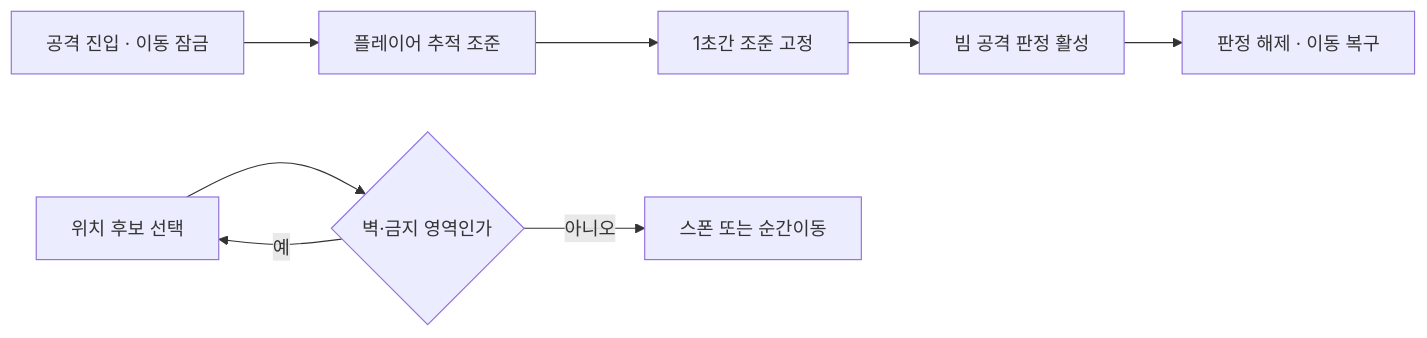
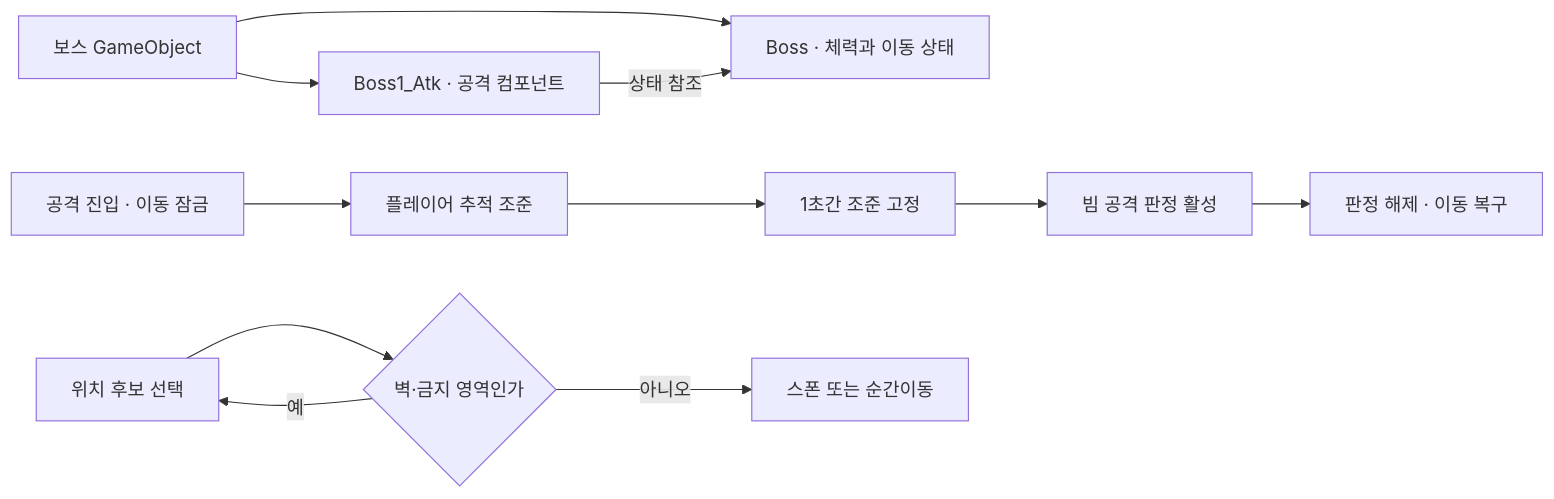
The diagram in portfolio/boss-spawn/README.md (roxasventus/CIEN-tutorial-project-team2), drawn with Mermaid before and after one commit. The commit also changed other lines of this file and 2 other files, not shown here.

Commit message:
docs: explain verified patterns and implementation scope

````diff
--- a/portfolio/boss-spawn/README.md
+++ b/portfolio/boss-spawn/README.md
@@ -9,10 +11,13 @@
 ```mermaid
 flowchart LR
+  O["보스 GameObject"] --> P["Boss · 체력과 이동 상태"]
+  O --> Q["Boss1_Atk · 공격 컴포넌트"]
+  Q -->|상태 참조| P
   A["공격 진입 · 이동 잠금"] --> B["플레이어 추적 조준"]
   B --> C["1초간 조준 고정"]
   C --> D["빔 공격 판정 활성"]
   D --> E["판정 해제 · 이동 복구"]
   F["위치 후보 선택"] --> G{"벽·금지 영역인가"}
   G -->|예| F
   G -->|아니오| H["스폰 또는 순간이동"]
 ```
````
